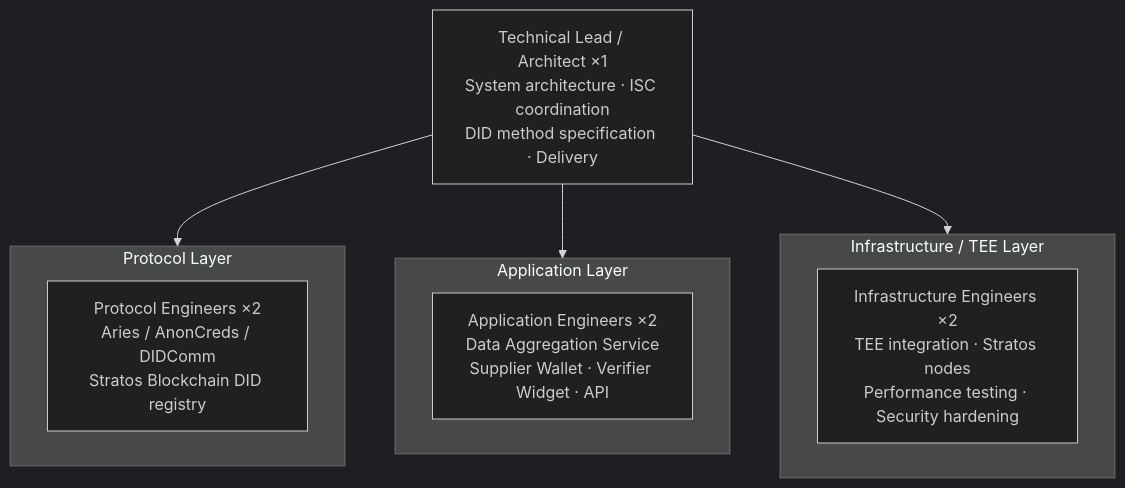
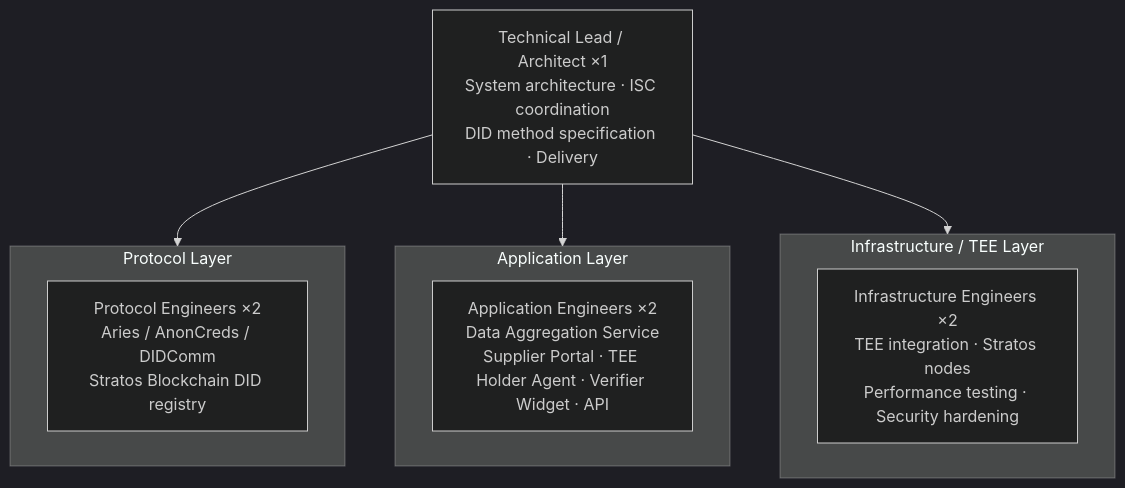
Before and after one commit to sirius-zuo/dstn: the fifth of 6 diagrams in docs/superpowers/specs/2026-06-11-dstn-business-plan-design.md, drawn with Mermaid (dark theme). The commit also changed other lines of this file, not shown here.

First line of the commit message:
Update business plan to reflect passkey-gated holder design

````diff
--- a/docs/superpowers/specs/2026-06-11-dstn-business-plan-design.md
+++ b/docs/superpowers/specs/2026-06-11-dstn-business-plan-design.md
@@ -275,20 +279,20 @@
 ```mermaid
 graph TB
     TL["Technical Lead / Architect ×1\nSystem architecture · ISC coordination\nDID method specification · Delivery"]
 
     subgraph PL["Protocol Layer"]
         PE["Protocol Engineers ×2\nAries / AnonCreds / DIDComm\nStratos Blockchain DID registry"]
     end
 
     subgraph AL["Application Layer"]
-        AE["Application Engineers ×2\nData Aggregation Service\nSupplier Wallet · Verifier Widget · API"]
+        AE["Application Engineers ×2\nData Aggregation Service\nSupplier Portal · TEE Holder Agent · Verifier Widget · API"]
     end
 
     subgraph IL["Infrastructure / TEE Layer"]
         IE["Infrastructure Engineers ×2\nTEE integration · Stratos nodes\nPerformance testing · Security hardening"]
     end
 
     TL --> PL
     TL --> AL
     TL --> IL
 ```
````
